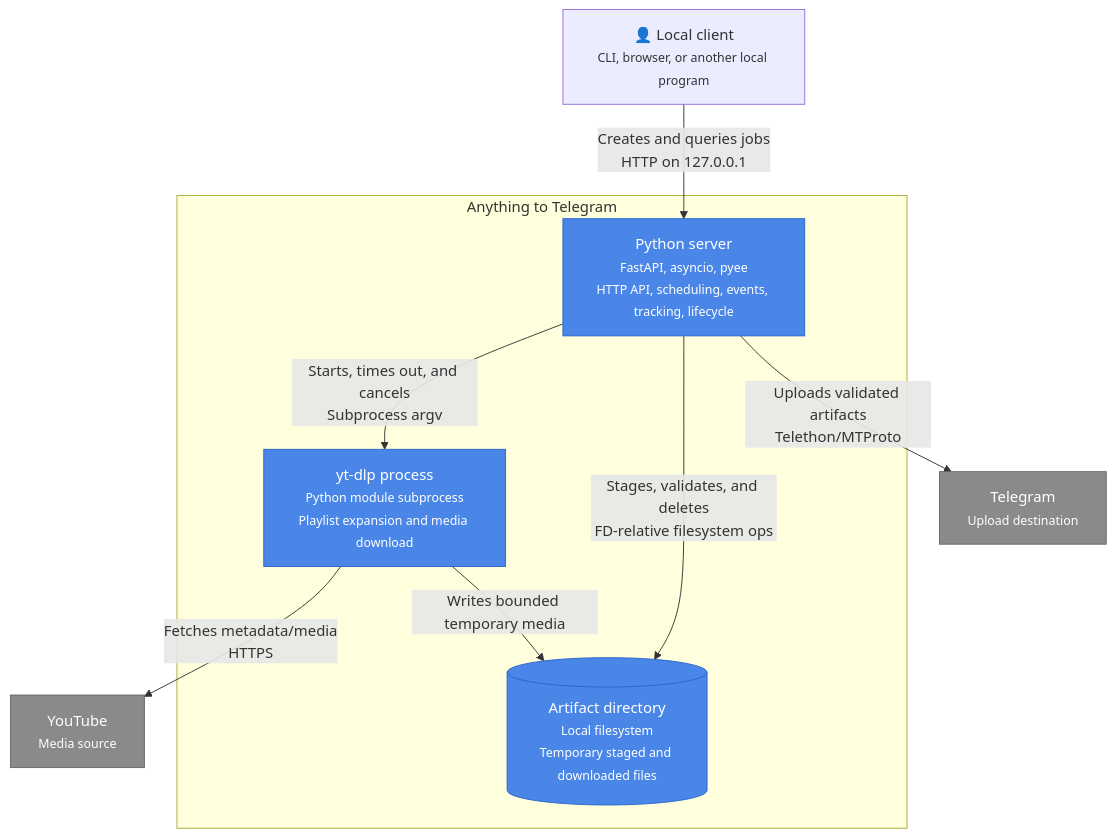
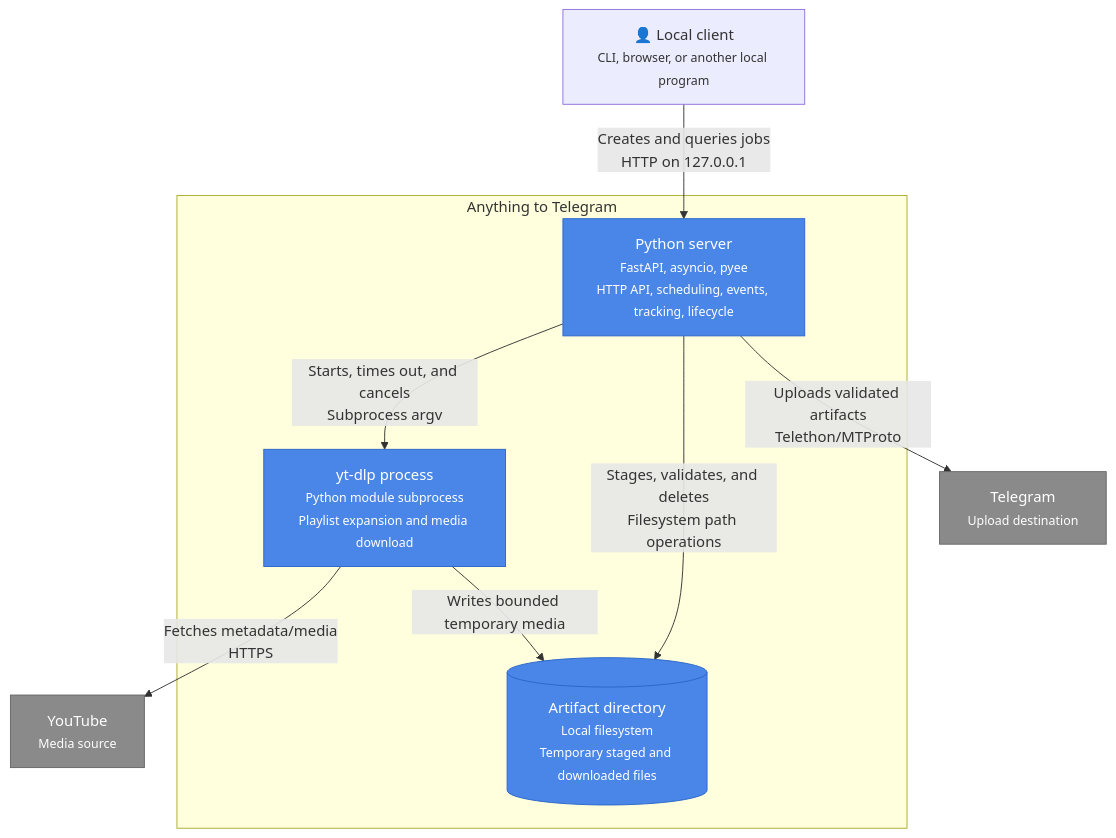
Before and after one commit to ShauryaTomer/anything-2-telegram: the second of 4 diagrams in docs/current-architecture.md, drawn with Mermaid. The commit also changed other lines of this file and 42 other files, not shown here.

````diff
--- a/docs/current-architecture.md
+++ b/docs/current-architecture.md
@@ -32,24 +36,24 @@
 ```mermaid
 flowchart TB
   user["👤 Local client<br/><small>CLI, browser, or another local program</small>"]
   youtube["YouTube<br/><small>Media source</small>"]
   telegram["Telegram<br/><small>Upload destination</small>"]
 
   subgraph system["Anything to Telegram"]
     server["Python server<br/><small>FastAPI, asyncio, pyee</small><br/><small>HTTP API, scheduling, events, tracking, lifecycle</small>"]
     process["yt-dlp process<br/><small>Python module subprocess</small><br/><small>Playlist expansion and media download</small>"]
     artifacts[("Artifact directory<br/><small>Local filesystem</small><br/><small>Temporary staged and downloaded files</small>")]
   end
 
   user -->|"Creates and queries jobs<br/>HTTP on 127.0.0.1"| server
   server -->|"Starts, times out, and cancels<br/>Subprocess argv"| process
   process -->|"Fetches metadata/media<br/>HTTPS"| youtube
   process -->|"Writes bounded temporary media"| artifacts
-  server -->|"Stages, validates, and deletes<br/>FD-relative filesystem ops"| artifacts
+  server -->|"Stages, validates, and deletes<br/>Filesystem path operations"| artifacts
   server -->|"Uploads validated artifacts<br/>Telethon/MTProto"| telegram
 
   classDef ext fill:#8a8a8a,stroke:#666,color:#fff
   classDef cont fill:#4a86e8,stroke:#2a66c8,color:#fff
   class server,process,artifacts cont
   class youtube,telegram ext
 ```
````
